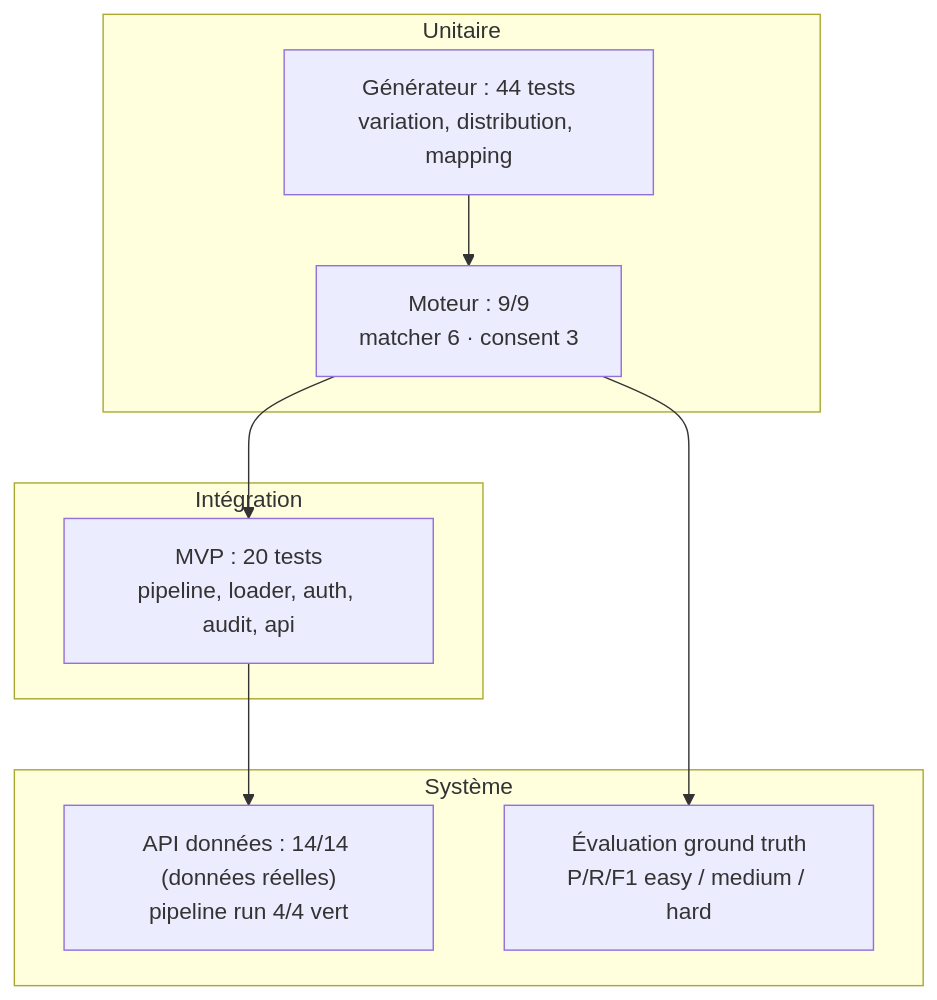
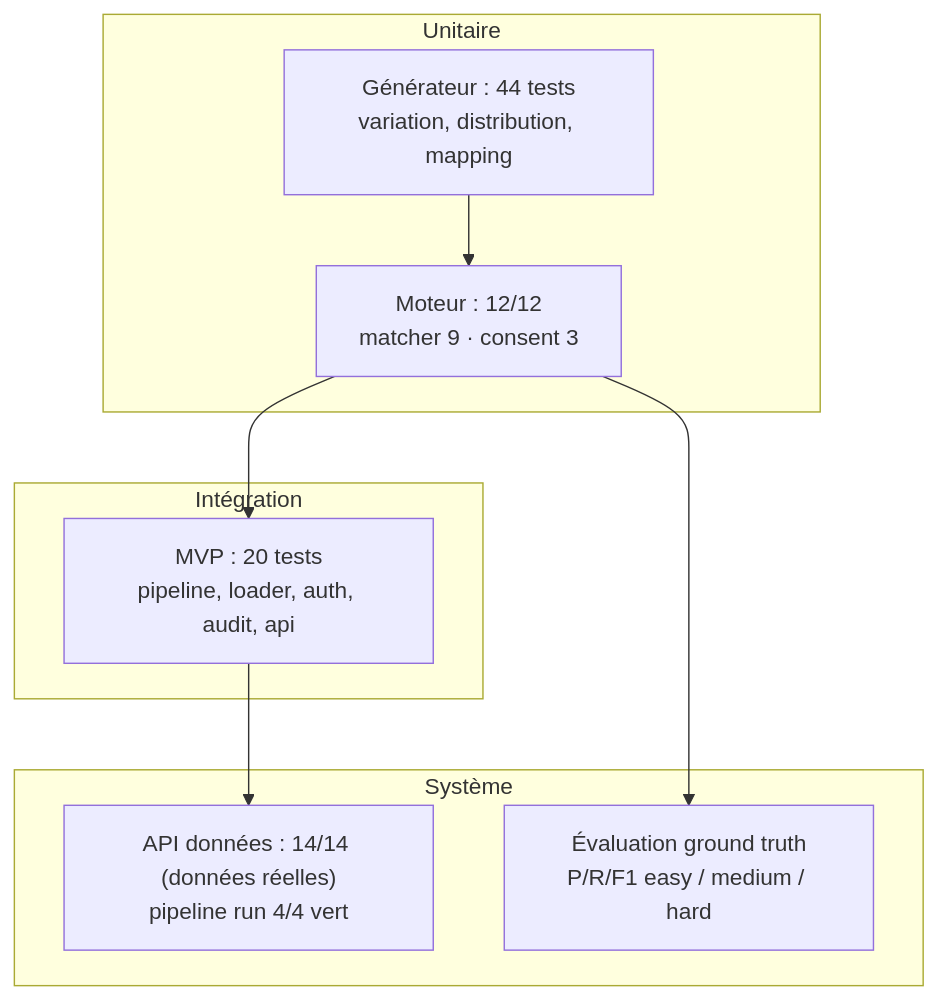
One commit to Alphamanjaka/test-big-data changed the diagram in chapters/06-tests.md. Above: the diagram before and after it, drawn with Mermaid. The commit also changed other lines of this file and 37 other files, not shown here.

````diff
--- a/chapters/06-tests.md
+++ b/chapters/06-tests.md
@@ -19,16 +19,16 @@
 ```mermaid
 flowchart TD
     subgraph Unitaire
         G["Générateur : 44 tests<br/>variation, distribution, mapping"]
-        E["Moteur : 9/9<br/>matcher 6 · consent 3"]
+        E["Moteur : 12/12<br/>matcher 9 · consent 3"]
     end
     subgraph Intégration
         MVP["MVP : 20 tests<br/>pipeline, loader, auth, audit, api"]
     end
     subgraph Système
         API["API données : 14/14 (données réelles)<br/>pipeline run 4/4 vert"]
         EVAL["Évaluation ground truth<br/>P/R/F1 easy / medium / hard"]
     end
     G --> E --> MVP --> API
     E --> EVAL
 ```
````
